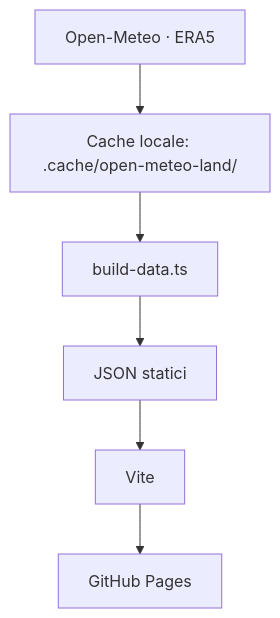
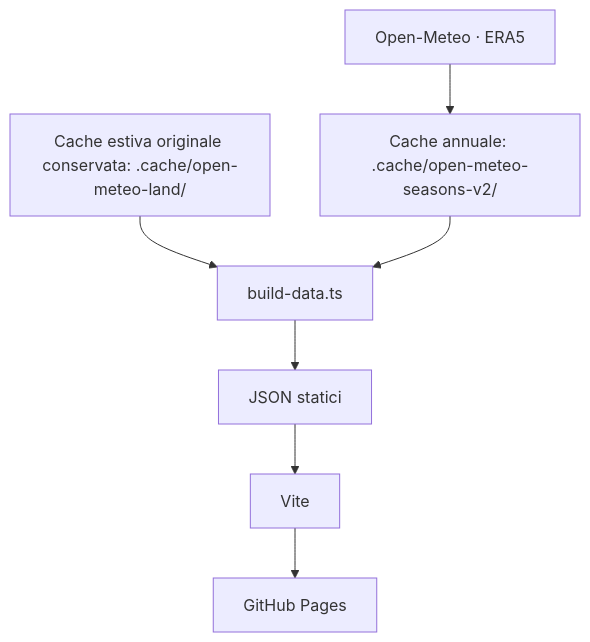
One commit to giubud/comera-il-clima changed the diagram in README.md. Above: the diagram before and after it, drawn with Mermaid. The commit also changed other lines of this file and 73 other files, not shown here.

````diff
--- a/README.md
+++ b/README.md
@@ -15,8 +17,9 @@
 ```mermaid
 flowchart TD
-    OpenMeteo["Open-Meteo · ERA5"] --> Cache["Cache locale: .cache/open-meteo-land/"]
+    OpenMeteo["Open-Meteo · ERA5"] --> Cache["Cache annuale: .cache/open-meteo-seasons-v2/"]
+    Estati["Cache estiva originale conservata: .cache/open-meteo-land/"] --> BuildData
     Cache --> BuildData["build-data.ts"]
     BuildData --> JSON["JSON statici"]
     JSON --> Vite["Vite"]
     Vite --> Pages["GitHub Pages"]
 ```
````
